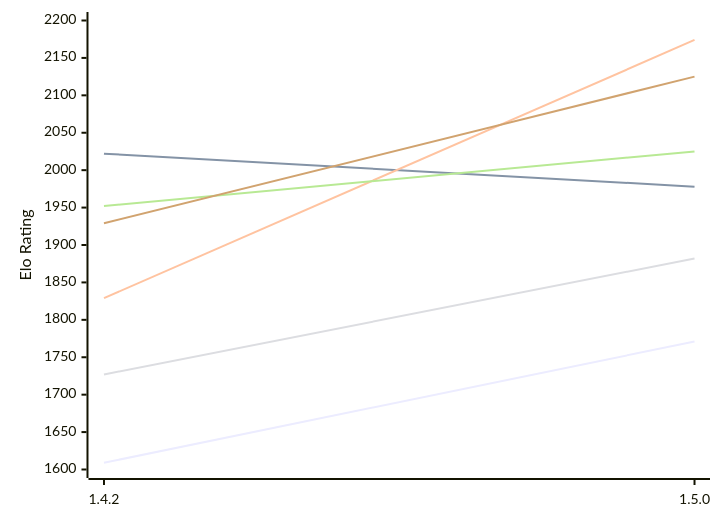
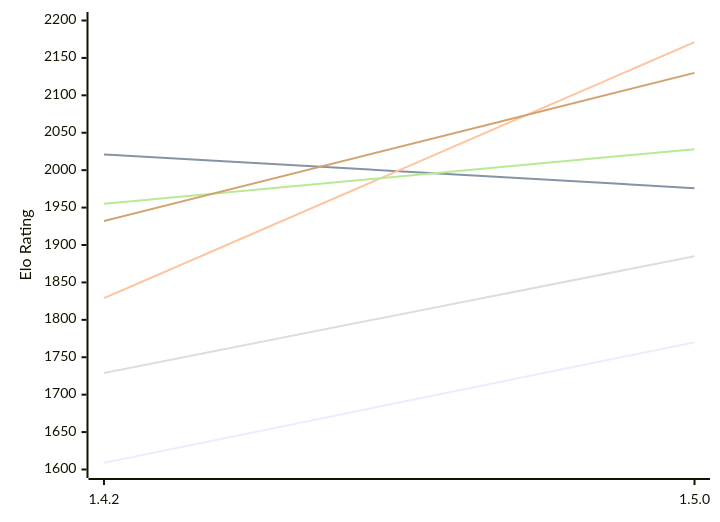
The first of 2 diagrams in engines/Zeppelin.md (computer-chess-index/cci), drawn with Mermaid before and after one commit. The commit also changed other lines of this file, not shown here.

Commit message:
Update CCI Ratings (ELO VLTC) - 2026-11-23

````diff
--- a/engines/Zeppelin.md
+++ b/engines/Zeppelin.md
@@ -57,12 +57,12 @@
 ```mermaid
 %%{init: {"theme":"base","themeVariables":{"seriesColors:['#a3a3a3','#222221','#faa371']}}}%%
 xychart-beta
   x-axis ["1.4.2", "1.5.0"]
   y-axis "Elo Rating" 1600 --> 2200
-  line "E1: STC (8.0+0.08s)" [1609, 1771]
-  line "E1: LTC (60.0+0.60s)" [2022, 1978]
-  line "E1: VLTC (2m24s+1.12s)" [1829, 2174]
-  line "P1: STC (8.0+0.08s)" [1727, 1882]
-  line "P1: LTC (60.0+0.60s)" [1952, 2025]
-  line "P1: VLTC (2m24s+1.12s)" [1929, 2125]
+  line "E1: STC (8.0+0.08s)" [1609, 1770]
+  line "E1: LTC (60.0+0.60s)" [2021, 1976]
+  line "E1: VLTC (2m24s+1.12s)" [1829, 2171]
+  line "P1: STC (8.0+0.08s)" [1729, 1885]
+  line "P1: LTC (60.0+0.60s)" [1955, 2028]
+  line "P1: VLTC (2m24s+1.12s)" [1932, 2130]
 ```
````
